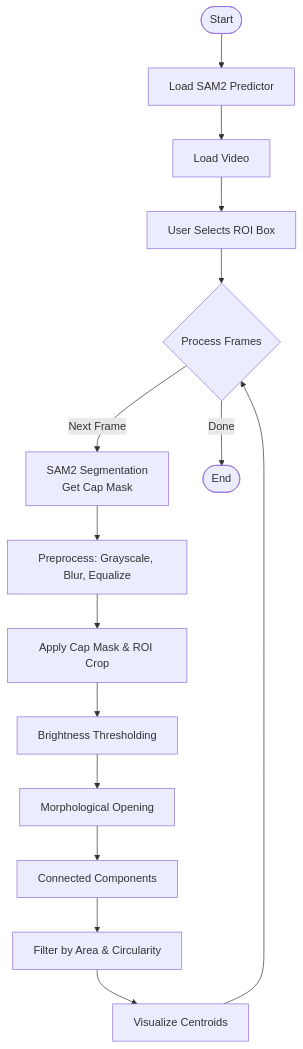
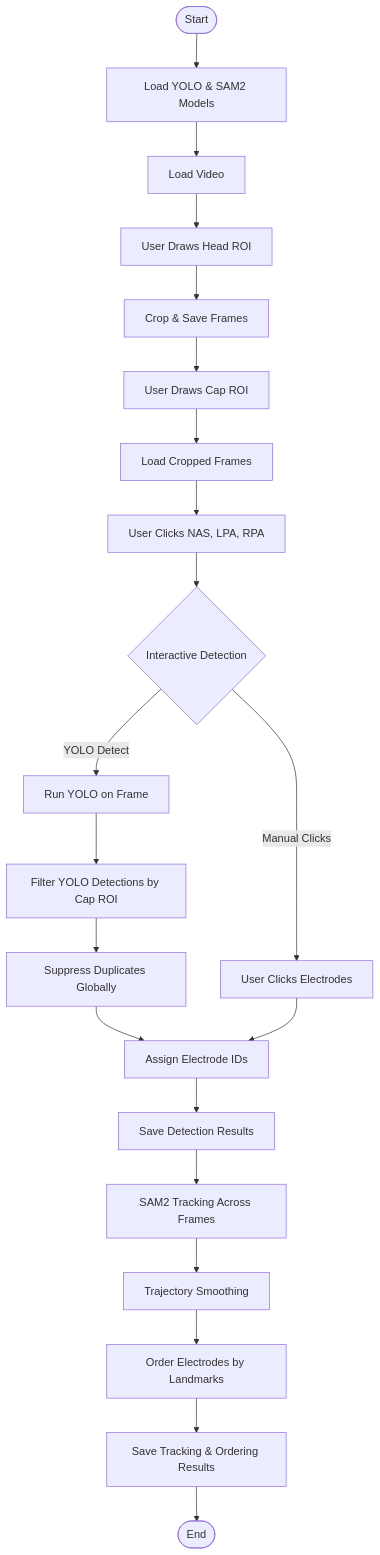
The second of 2 diagrams in README.md (evrim06/video-eeg-electrode-registration), drawn with Mermaid before and after one commit.

````diff
--- a/README.md
+++ b/README.md
@@ -26,19 +26,25 @@
 ```mermaid
 flowchart TD
-    Start([Start]) --> LoadModel[Load SAM2 Predictor]
-    LoadModel --> LoadVideo[Load Video]
-    LoadVideo --> UserROI[User Selects ROI Box]
-    UserROI --> Loop{Process Frames}
+    Start([Start]) --> LoadModels[Load YOLO & SAM2 Models]
+    LoadModels --> LoadVideo[Load Video]
+    LoadVideo --> DrawHeadROI[User Draws Head ROI]
+    DrawHeadROI --> CropFrames[Crop & Save Frames]
+    CropFrames --> DrawCapROI[User Draws Cap ROI]
+    DrawCapROI --> LoadFrames[Load Cropped Frames]
+    LoadFrames --> ClickLandmarks[User Clicks NAS, LPA, RPA]
+    ClickLandmarks --> Interactive{Interactive Detection}
     
-    Loop -- Next Frame --> SAM2[SAM2 Segmentation<br/>Get Cap Mask]
-    SAM2 --> Preprocess[Preprocess: Grayscale, Blur, Equalize]
-    Preprocess --> Masking["Apply Cap Mask & ROI Crop"]
-    Masking --> Threshold[Brightness Thresholding]
-    Threshold --> Morphology[Morphological Opening]
-    Morphology --> Blobs[Connected Components]
-    Blobs --> Filter["Filter by Area & Circularity"]
-    Filter --> Visualize[Visualize Centroids]
-    Visualize --> Loop
+    Interactive -- Manual Clicks --> ManualElectrodes[User Clicks Electrodes]
+    Interactive -- YOLO Detect --> RunYOLO[Run YOLO on Frame]
+    RunYOLO --> RestrictYOLO[Filter YOLO Detections by Cap ROI]
+    RestrictYOLO --> SuppressDupes[Suppress Duplicates Globally]
+    SuppressDupes --> AssignIDs[Assign Electrode IDs]
+    ManualElectrodes --> AssignIDs
     
-    Loop -- Done --> End([End])
+    AssignIDs --> SaveDetections[Save Detection Results]
+    SaveDetections --> Tracking[SAM2 Tracking Across Frames]
+    Tracking --> Smoothing[Trajectory Smoothing]
+    Smoothing --> Ordering[Order Electrodes by Landmarks]
+    Ordering --> SaveResults[Save Tracking & Ordering Results]
+    SaveResults --> End([End])
 ```
````
